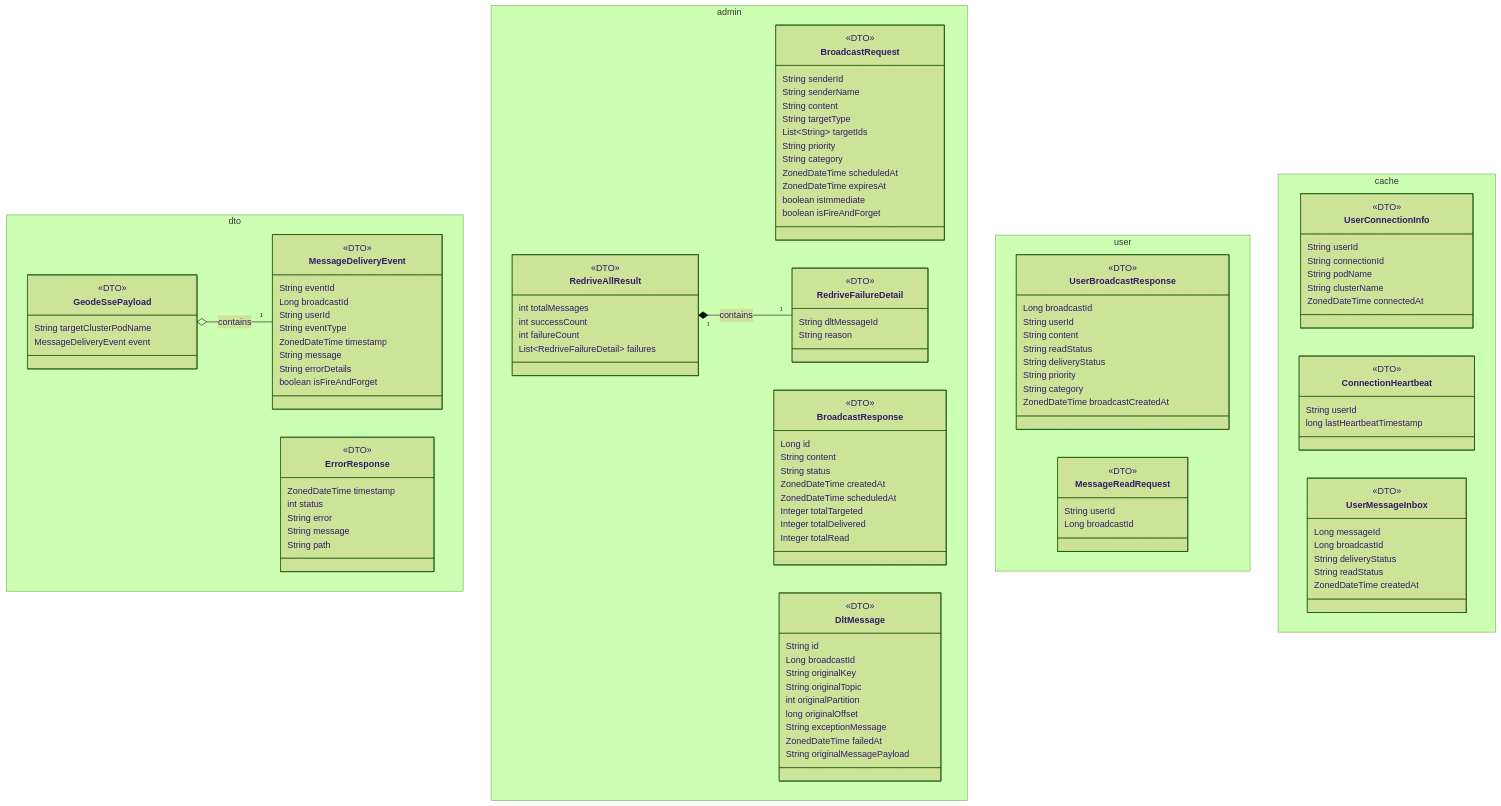
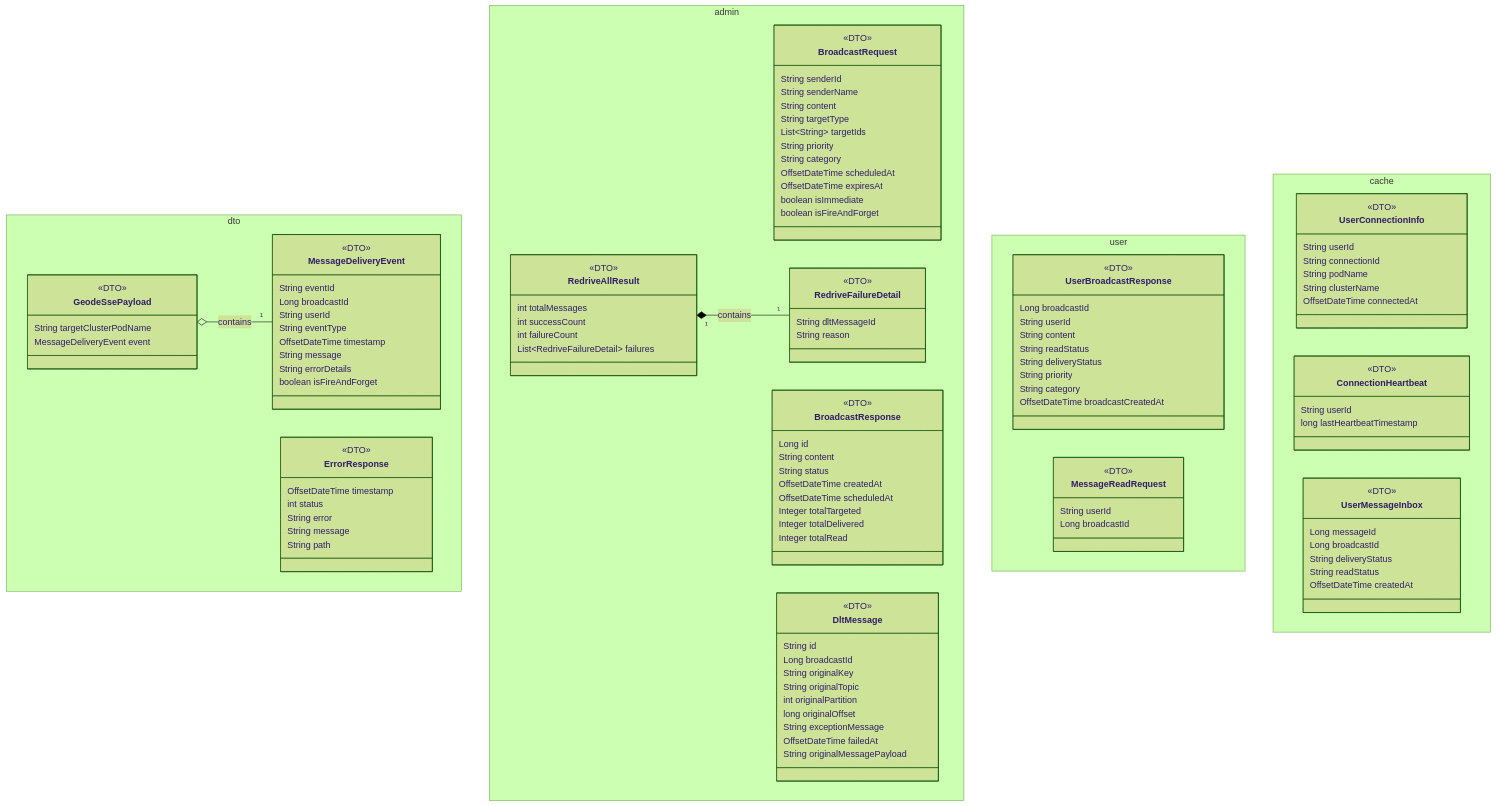
Before and after one commit to rsrini7/Notification-SSE-GLM-Flux: the diagram in MermaidDiagrams/class-dto.mmd, drawn with Mermaid (forest theme). The commit also changed 47 other files, not shown here.

First line of the commit message:
refactor: migrate repository methods to use Spring Data JDBC and conventions from ZonedDateTime to OffsetDateTime and update repository methods

```diff
--- a/MermaidDiagrams/class-dto.mmd
+++ b/MermaidDiagrams/class-dto.mmd
@@ -1,127 +1,127 @@
 classDiagram
     direction TB
 
     namespace dto {
         class MessageDeliveryEvent {
             <<DTO>>
             String eventId
             Long broadcastId
             String userId
             String eventType
-            ZonedDateTime timestamp
+            OffsetDateTime timestamp
             String message
             String errorDetails
             boolean isFireAndForget
         }
         class ErrorResponse {
             <<DTO>>
-            ZonedDateTime timestamp
+            OffsetDateTime timestamp
             int status
             String error
             String message
             String path
         }
         class GeodeSsePayload {
             <<DTO>>
             String targetClusterPodName
             MessageDeliveryEvent event
         }
     }
 
     namespace admin {
         class BroadcastRequest {
             <<DTO>>
             String senderId
             String senderName
             String content
             String targetType
             List~String~ targetIds
             String priority
             String category
-            ZonedDateTime scheduledAt
-            ZonedDateTime expiresAt
+            OffsetDateTime scheduledAt
+            OffsetDateTime expiresAt
             boolean isImmediate
             boolean isFireAndForget
         }
         class BroadcastResponse {
             <<DTO>>
             Long id
             String content
             String status
-            ZonedDateTime createdAt
-            ZonedDateTime scheduledAt
+            OffsetDateTime createdAt
+            OffsetDateTime scheduledAt
             Integer totalTargeted
             Integer totalDelivered
             Integer totalRead
         }
         class DltMessage {
             <<DTO>>
             String id
             Long broadcastId
             String originalKey
             String originalTopic
             int originalPartition
             long originalOffset
             String exceptionMessage
-            ZonedDateTime failedAt
+            OffsetDateTime failedAt
             String originalMessagePayload
         }
         class RedriveAllResult {
             <<DTO>>
             int totalMessages
             int successCount
             int failureCount
             List~RedriveFailureDetail~ failures
         }
         class RedriveFailureDetail {
             <<DTO>>
             String dltMessageId
             String reason
         }
     }
 
     namespace user {
         class UserBroadcastResponse {
             <<DTO>>
             Long broadcastId
             String userId
             String content
             String readStatus
             String deliveryStatus
             String priority
             String category
-            ZonedDateTime broadcastCreatedAt
+            OffsetDateTime broadcastCreatedAt
         }
         class MessageReadRequest {
             <<DTO>>
             String userId
             Long broadcastId
         }
     }
 
     namespace cache {
         class UserConnectionInfo {
             <<DTO>>
             String userId
             String connectionId
             String podName
             String clusterName
-            ZonedDateTime connectedAt
+            OffsetDateTime connectedAt
         }
         class ConnectionHeartbeat {
             <<DTO>>
             String userId
             long lastHeartbeatTimestamp
         }
         class UserMessageInbox {
             <<DTO>>
             Long messageId
             Long broadcastId
             String deliveryStatus
             String readStatus
-            ZonedDateTime createdAt
+            OffsetDateTime createdAt
         }
     }
     
     RedriveAllResult "1" *-- "1" RedriveFailureDetail : contains
     GeodeSsePayload o-- "1" MessageDeliveryEvent : contains
```
